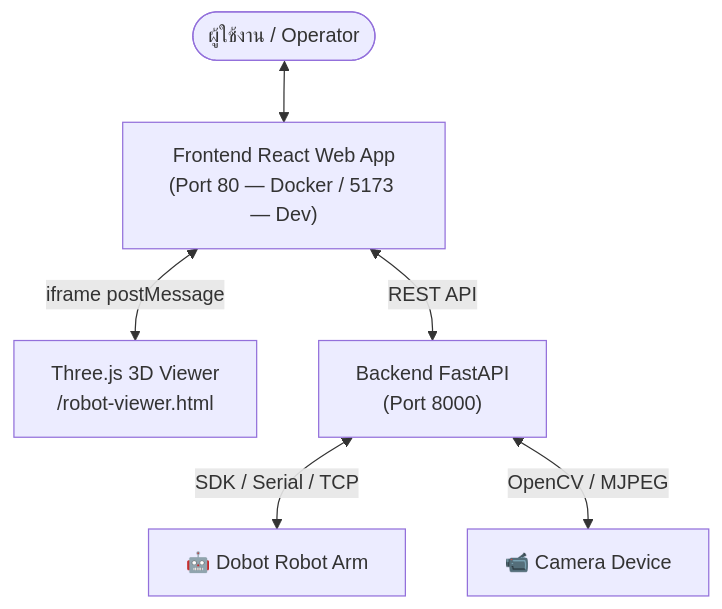
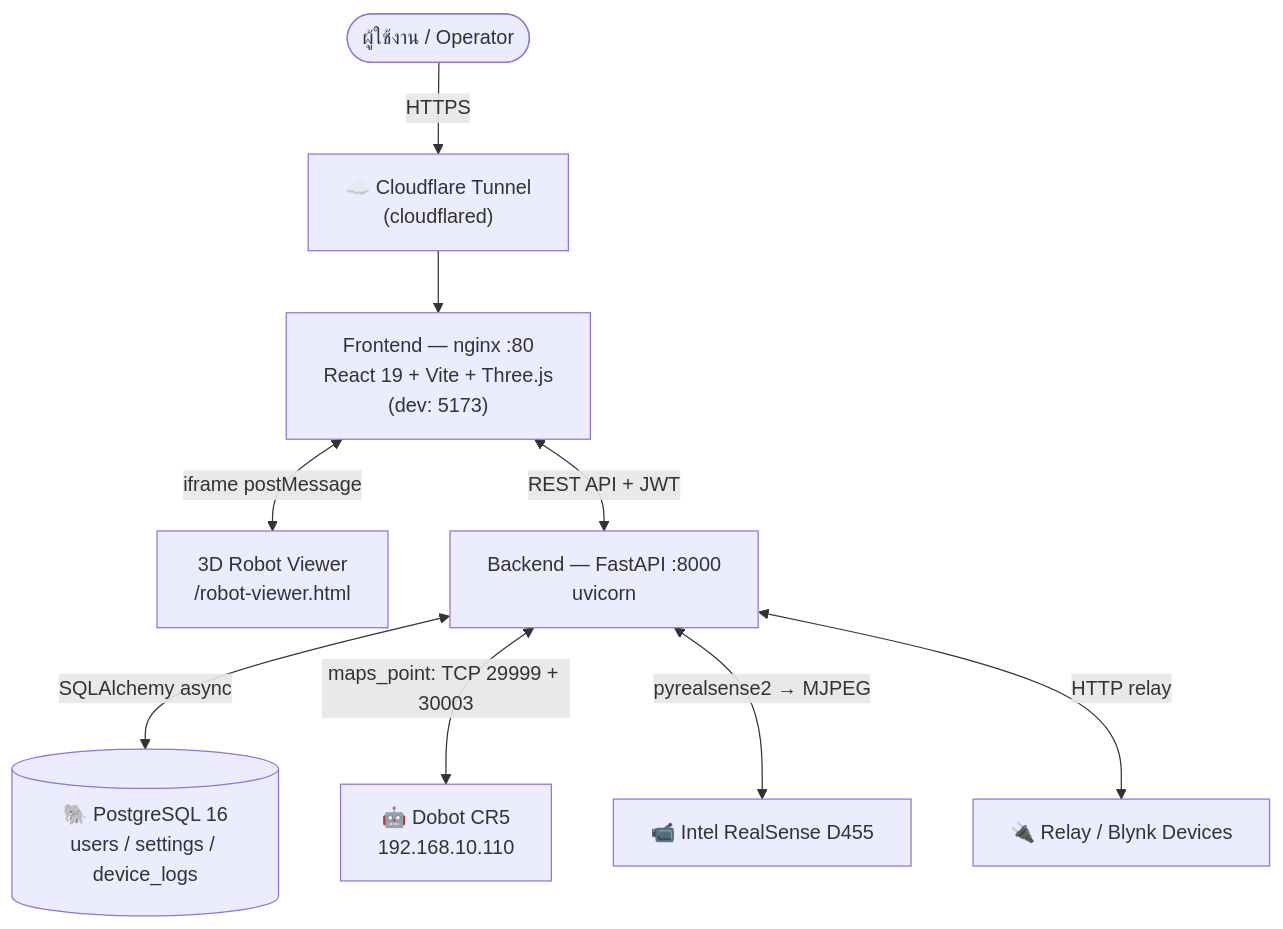
The diagram in README.md (RobotGuiding101/web_robot), drawn with Mermaid before and after one commit. The commit also changed other lines of this file, not shown here.

Commit message:
docs(readme): sync structure, architecture, features, and API with current code

````diff
--- a/README.md
+++ b/README.md
@@ -114,8 +216,11 @@
 ```mermaid
 graph TD
-    User([ผู้ใช้งาน / Operator]) <--> Frontend["Frontend React Web App\n(Port 80 — Docker / 5173 — Dev)"]
-    Frontend <-->|iframe postMessage| Viewer["Three.js 3D Viewer\n/robot-viewer.html"]
-    Frontend <-->|REST API| Backend["Backend FastAPI\n(Port 8000)"]
-    Backend <-->|SDK / Serial / TCP| Dobot[🤖 Dobot Robot Arm]
-    Backend <-->|OpenCV / MJPEG| Camera[📹 Camera Device]
+    User([ผู้ใช้งาน / Operator]) -->|HTTPS| CF["☁️ Cloudflare Tunnel<br/>(cloudflared)"]
+    CF --> Frontend["Frontend — nginx :80<br/>React 19 + Vite + Three.js<br/>(dev: 5173)"]
+    Frontend <-->|iframe postMessage| Viewer["3D Robot Viewer<br/>/robot-viewer.html"]
+    Frontend <-->|REST API + JWT| Backend["Backend — FastAPI :8000<br/>uvicorn"]
+    Backend <-->|SQLAlchemy async| DB[("🐘 PostgreSQL 16<br/>users / settings / device_logs")]
+    Backend <-->|maps_point: TCP 29999 + 30003| Dobot[🤖 Dobot CR5<br/>192.168.10.110]
+    Backend <-->|pyrealsense2 → MJPEG| Camera[📹 Intel RealSense D455]
+    Backend <-->|HTTP relay| Devices[🔌 Relay / Blynk Devices]
 ```
````
